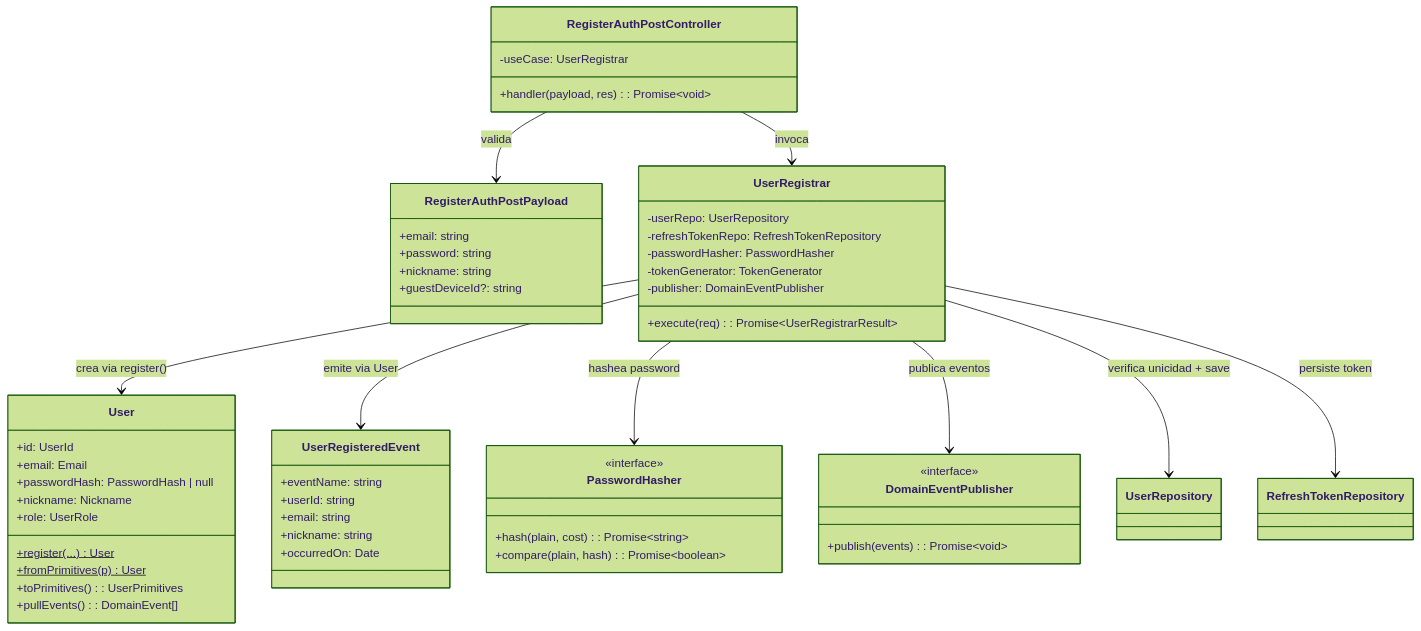
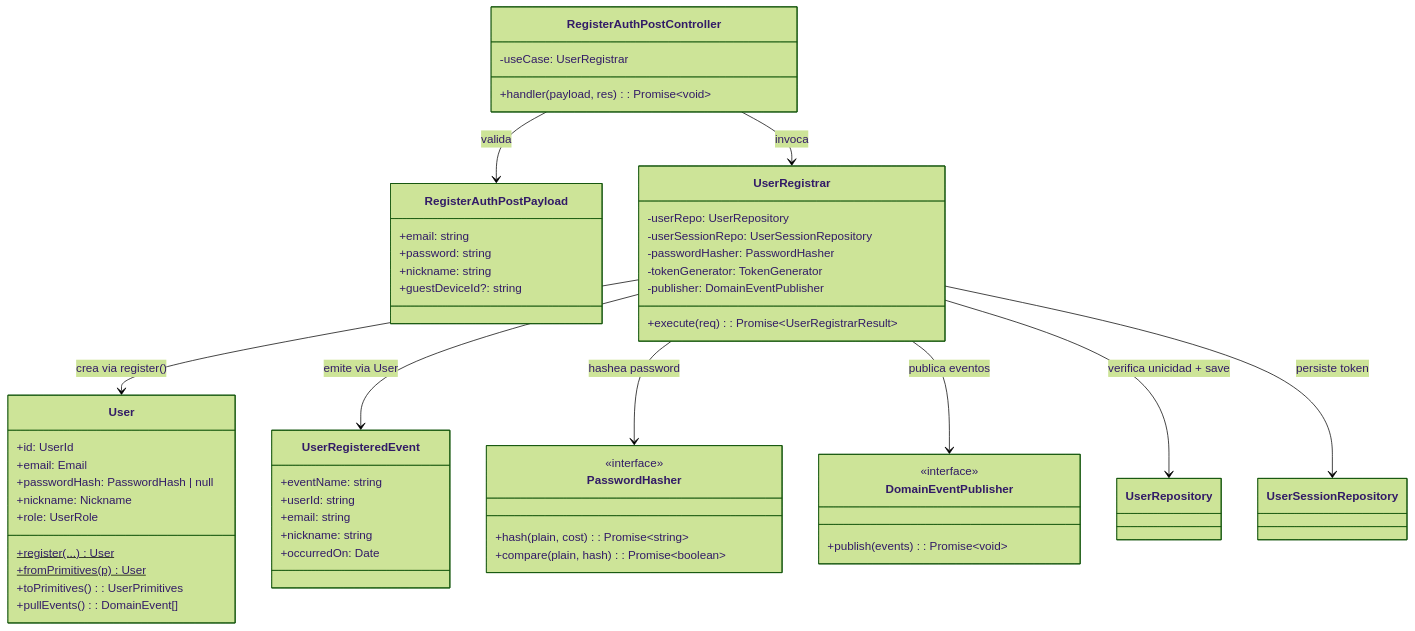
The diagram in docs/apps/api/identity/register/classes.md (AbrahamVilchesDeLaCruz/ididntcatchthat), drawn with Mermaid (forest theme) before and after one commit. The commit also changed 166 other files, not shown here.

First line of the commit message:
refactor(identity): replace RefreshToken with UserSession aggregate

````diff
--- a/docs/apps/api/identity/register/classes.md
+++ b/docs/apps/api/identity/register/classes.md
@@ -5,63 +5,63 @@
 ```mermaid
 classDiagram
     class RegisterAuthPostController {
         -useCase: UserRegistrar
         +handler(payload, res): Promise~void~
     }
 
     class RegisterAuthPostPayload {
         +email: string
         +password: string
         +nickname: string
         +guestDeviceId?: string
     }
 
     class UserRegistrar {
         -userRepo: UserRepository
-        -refreshTokenRepo: RefreshTokenRepository
+        -userSessionRepo: UserSessionRepository
         -passwordHasher: PasswordHasher
         -tokenGenerator: TokenGenerator
         -publisher: DomainEventPublisher
         +execute(req): Promise~UserRegistrarResult~
     }
 
     class User {
         +id: UserId
         +email: Email
         +passwordHash: PasswordHash | null
         +nickname: Nickname
         +role: UserRole
         +register(...)$ User
         +fromPrimitives(p)$ User
         +toPrimitives(): UserPrimitives
         +pullEvents(): DomainEvent[]
     }
 
     class UserRegisteredEvent {
         +eventName: string
         +userId: string
         +email: string
         +nickname: string
         +occurredOn: Date
     }
 
     class PasswordHasher {
         <<interface>>
         +hash(plain, cost): Promise~string~
         +compare(plain, hash): Promise~boolean~
     }
 
     class DomainEventPublisher {
         <<interface>>
         +publish(events): Promise~void~
     }
 
     RegisterAuthPostController --> RegisterAuthPostPayload : valida
     RegisterAuthPostController --> UserRegistrar : invoca
     UserRegistrar --> User : crea via register()
     UserRegistrar --> UserRegisteredEvent : emite via User
     UserRegistrar --> PasswordHasher : hashea password
     UserRegistrar --> DomainEventPublisher : publica eventos
     UserRegistrar --> UserRepository : verifica unicidad + save
-    UserRegistrar --> RefreshTokenRepository : persiste token
+    UserRegistrar --> UserSessionRepository : persiste token
 ```
````
